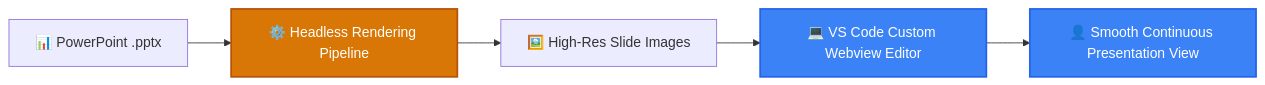
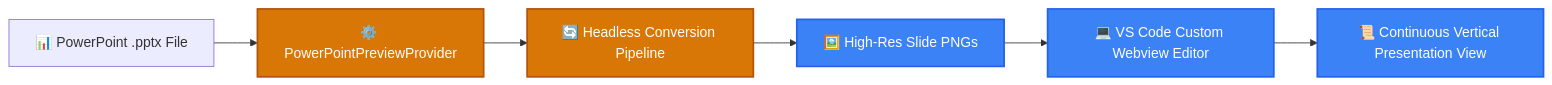
Before and after one commit to LoNebula/powerpoint_viewer_extension: the diagram in README.md, drawn with Mermaid. The commit also changed other lines of this file, not shown here.

Commit message:
docs: update 100% code-accurate README with exact implementation specifications

````diff
--- a/README.md
+++ b/README.md
@@ -38,12 +56,13 @@
 ```mermaid
 graph LR
-  PPTX[📊 PowerPoint .pptx] --> Converter[⚙️ Headless Rendering Pipeline]
-  Converter --> Slides[🖼️ High-Res Slide Images]
-  Slides --> Webview[💻 VS Code Custom Webview Editor]
-  Webview --> User[👤 Smooth Continuous Presentation View]
-  
+  PPTX[📊 PowerPoint .pptx File] --> Provider[⚙️ PowerPointPreviewProvider]
+  Provider --> Converter[🔄 Headless Conversion Pipeline]
+  Converter --> SlideImages[🖼️ High-Res Slide PNGs]
+  SlideImages --> Webview[💻 VS Code Custom Webview Editor]
+  Webview --> Scroll[📜 Continuous Vertical Presentation View]
+
   classDef primary fill:#d97706,stroke:#b45309,stroke-width:2px,color:#fff;
   classDef accent fill:#3b82f6,stroke:#2563eb,stroke-width:2px,color:#fff;
-  class Converter primary;
-  class Webview,User accent;
+  class Provider,Converter primary;
+  class SlideImages,Webview,Scroll accent;
 ```
````
